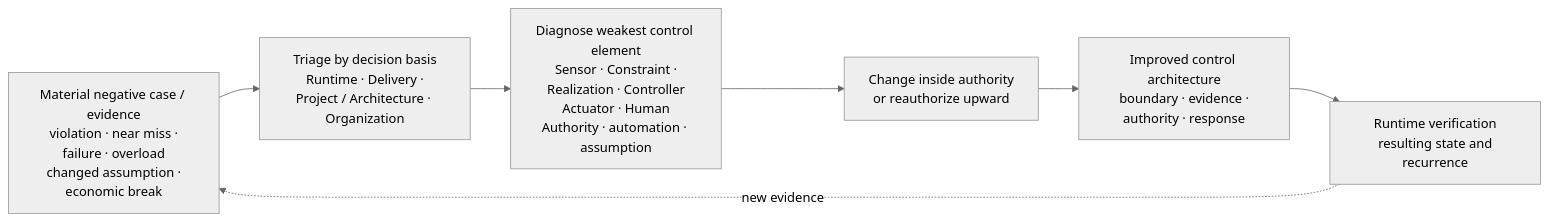
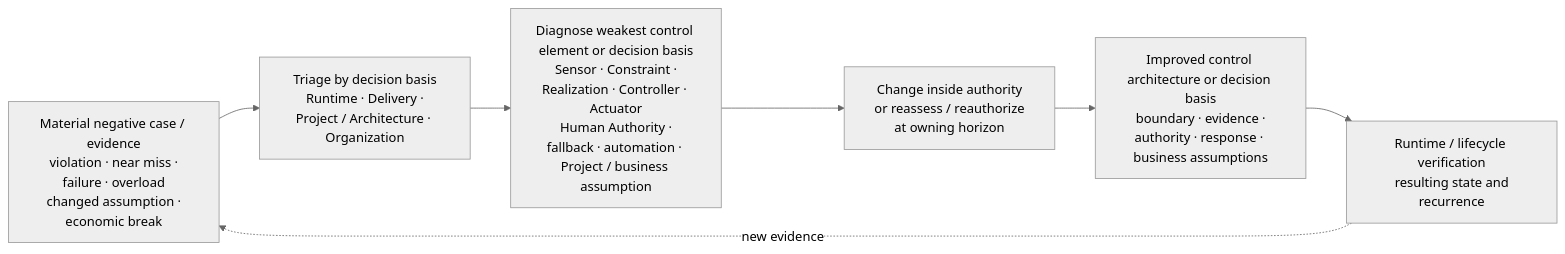
One commit to UncertaintyArchitectureGroup/uncertainty-architecture changed diagram 15 of 15 in content/research/notes/open-engineering-specification-article-draft.md. Above: the diagram before and after it, drawn with Mermaid (neutral theme). The commit also changed other lines of this file, not shown here.

Commit message:
docs(article): rewrite section 4 decision ownership model

````diff
--- a/content/research/notes/open-engineering-specification-article-draft.md
+++ b/content/research/notes/open-engineering-specification-article-draft.md
@@ -897,12 +904,12 @@
 ```mermaid
 flowchart LR
     N["Material negative case / evidence<br/> violation · near miss · failure · overload<br/> changed assumption · economic break"]
     T["Triage by decision basis<br/> Runtime · Delivery · Project / Architecture · Organization"]
-    D["Diagnose weakest control element<br/> Sensor · Constraint · Realization · Controller<br/> Actuator · Human Authority · automation · assumption"]
-    C["Change inside authority<br/> or reauthorize upward"]
-    I["Improved control architecture<br/> boundary · evidence · authority · response"]
-    V["Runtime verification<br/> resulting state and recurrence"]
+    D["Diagnose weakest control element or decision basis<br/> Sensor · Constraint · Realization · Controller · Actuator<br/> Human Authority · fallback · automation · Project / business assumption"]
+    C["Change inside authority<br/> or reassess / reauthorize at owning horizon"]
+    I["Improved control architecture or decision basis<br/> boundary · evidence · authority · response · business assumptions"]
+    V["Runtime / lifecycle verification<br/> resulting state and recurrence"]
 
     N --> T --> D --> C --> I --> V
     V -. new evidence .-> N
 ```
````
